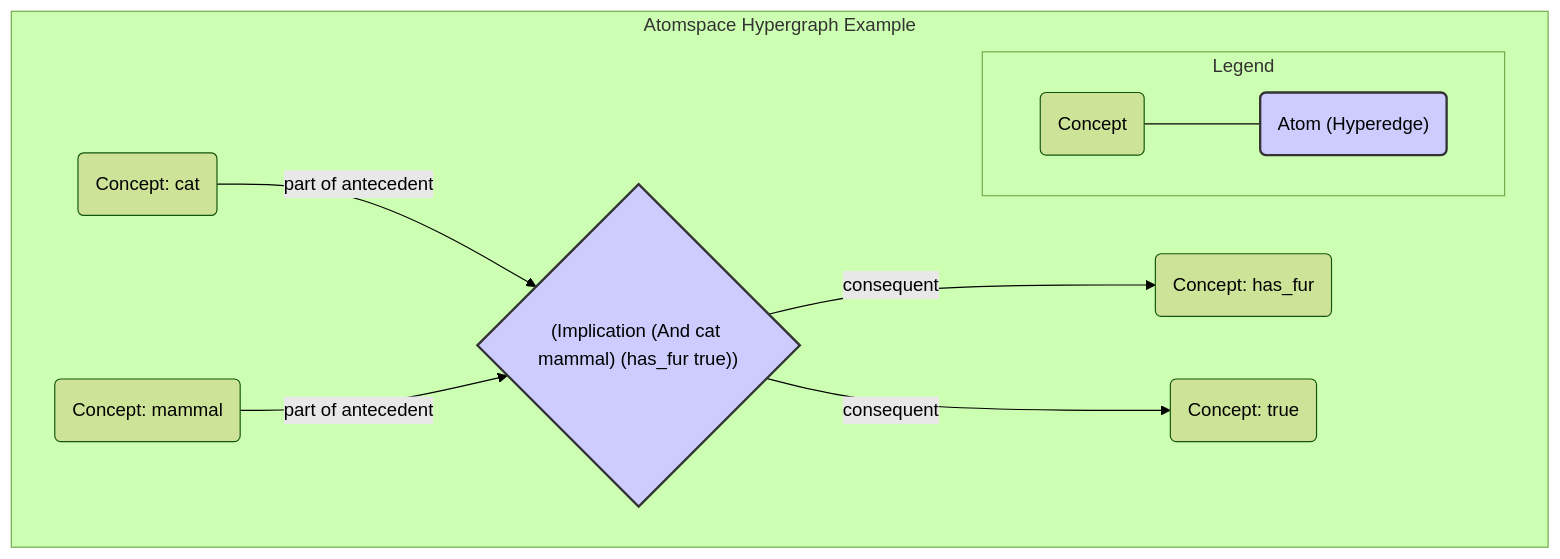
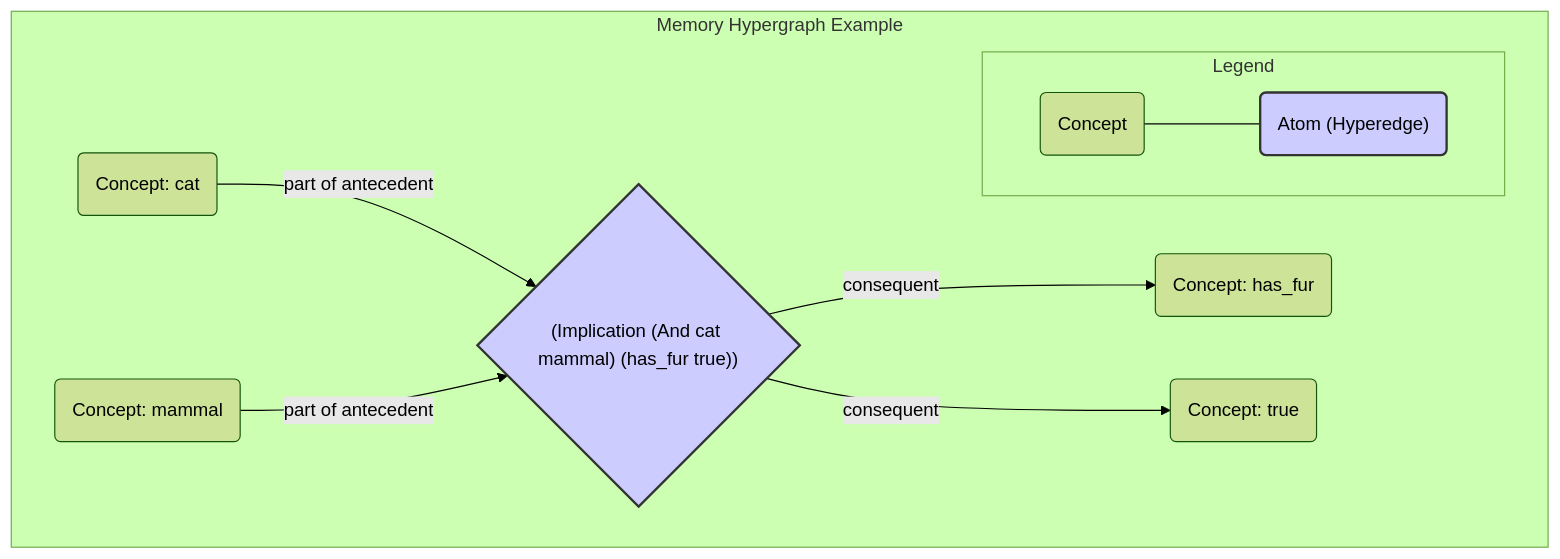
The second of 2 diagrams in README.md (automenta/hypernars2), drawn with Mermaid (forest theme) before and after one commit. The commit also changed other lines of this file, not shown here.

First line of the commit message:
docs: Revise and expand architectural specification

````diff
--- a/README.md
+++ b/README.md
@@ -299,22 +303,22 @@
     ```mermaid
     graph TD
-        subgraph "Atomspace Hypergraph Example"
+        subgraph "Memory Hypergraph Example"
             A("Concept: cat")
             B("Concept: mammal")
             C("Concept: has_fur")
             D("Concept: true")
             Hyperedge{"(Implication (And cat mammal) (has_fur true))"}
             A -- "part of antecedent" --> Hyperedge
             B -- "part of antecedent" --> Hyperedge
             Hyperedge -- "consequent" --> C
             Hyperedge -- "consequent" --> D
             subgraph Legend
                 direction LR
                 L1("Concept")
                 L2{" "}
                 L1---L2("Atom (Hyperedge)")
             end
         end
         style Hyperedge fill:#ccf,stroke:#333,stroke-width:2px,rx:5px,ry:5px
         style L2 fill:#ccf,stroke:#333,stroke-width:2px,rx:5px,ry:5px
     ```
````
